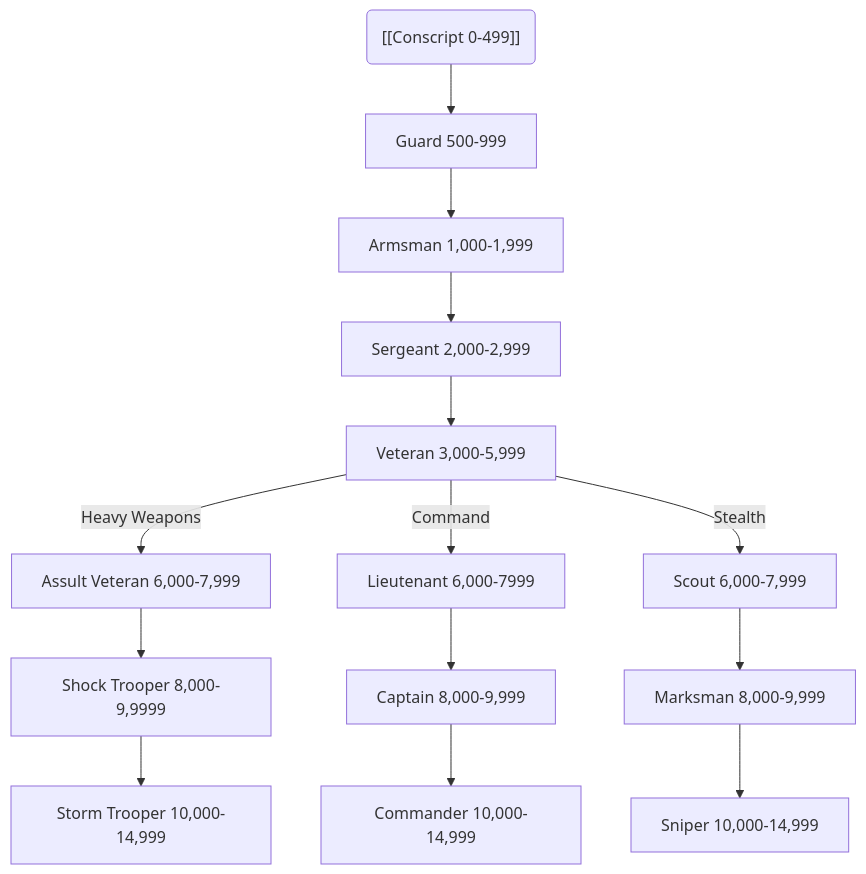
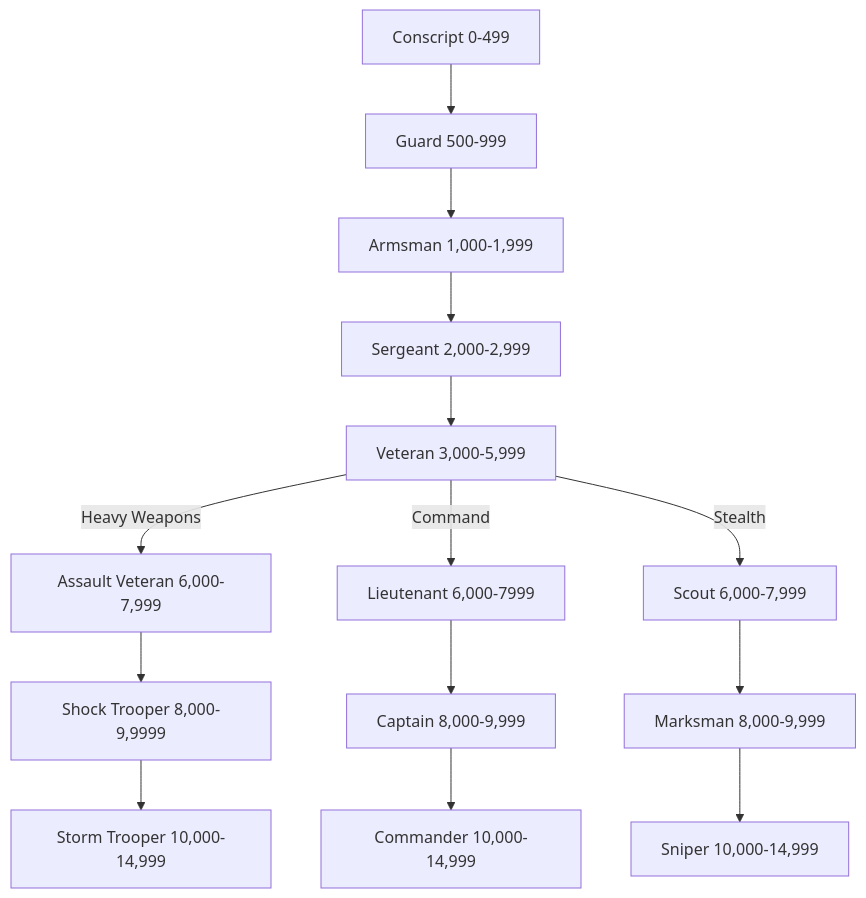
One commit to zyzyx159/Rule-books changed the diagram in Careers/Guardsman.md. Above: the diagram before and after it, drawn with Mermaid. The commit also changed other lines of this file and 4 other files, not shown here.

````diff
--- a/Careers/Guardsman.md
+++ b/Careers/Guardsman.md
@@ -22,16 +22,16 @@
 ```mermaid
 graph TD
-A("[[Conscript 0-499]]") --> B[Guard 500-999];
+A[Conscript 0-499] --> B[Guard 500-999];
 B --> C[Armsman 1,000-1,999];
 C --> D[Sergeant 2,000-2,999];
 D --> E[Veteran 3,000-5,999]
-E -- Heavy Weapons --> F[Assult Veteran 6,000-7,999]
+E -- Heavy Weapons --> F[Assault Veteran 6,000-7,999]
 F --> G[Shock Trooper 8,000-9,9999]
 G --> H[Storm Trooper 10,000-14,999]
 E -- Command --> I[Lieutenant 6,000-7999]
 I --> J[Captain 8,000-9,999]
 J --> K[Commander 10,000-14,999]
 E -- Stealth --> L[Scout 6,000-7,999]
 L --> M[Marksman 8,000-9,999]
 M --> N[Sniper 10,000-14,999]
 ```
````
